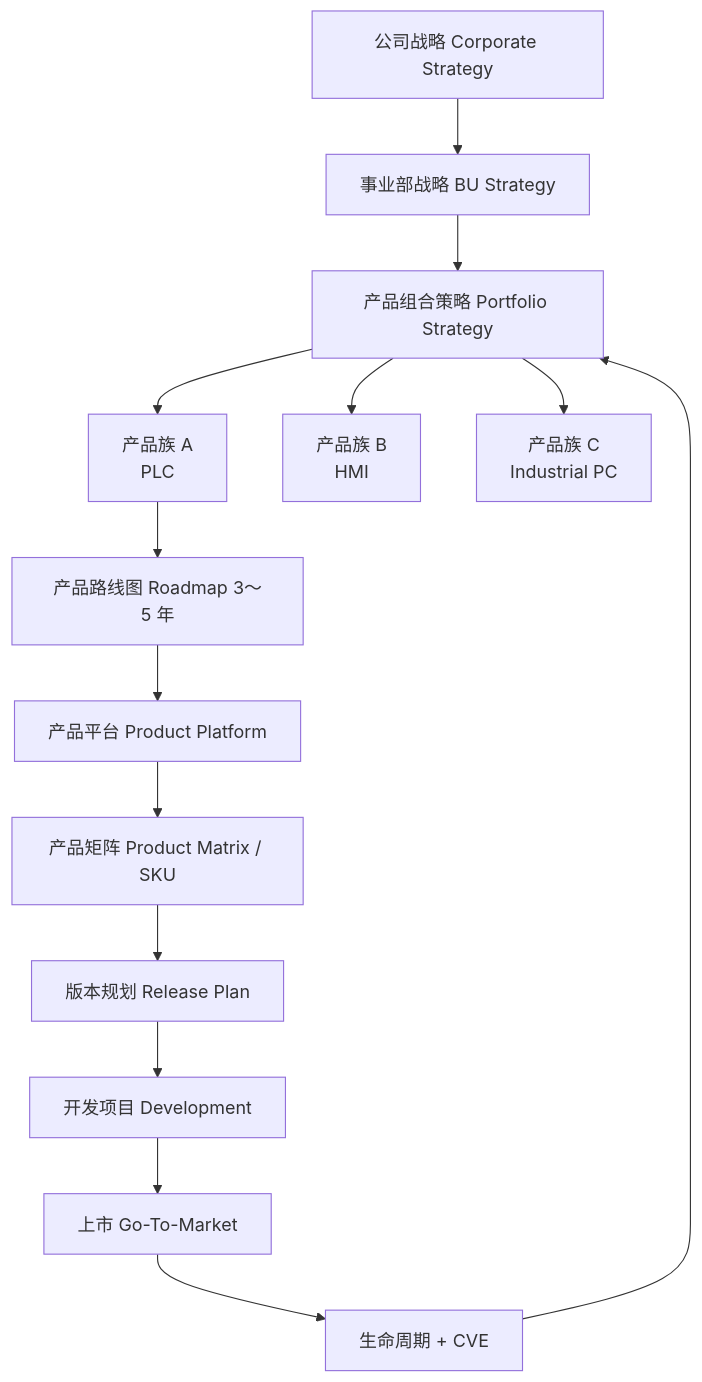
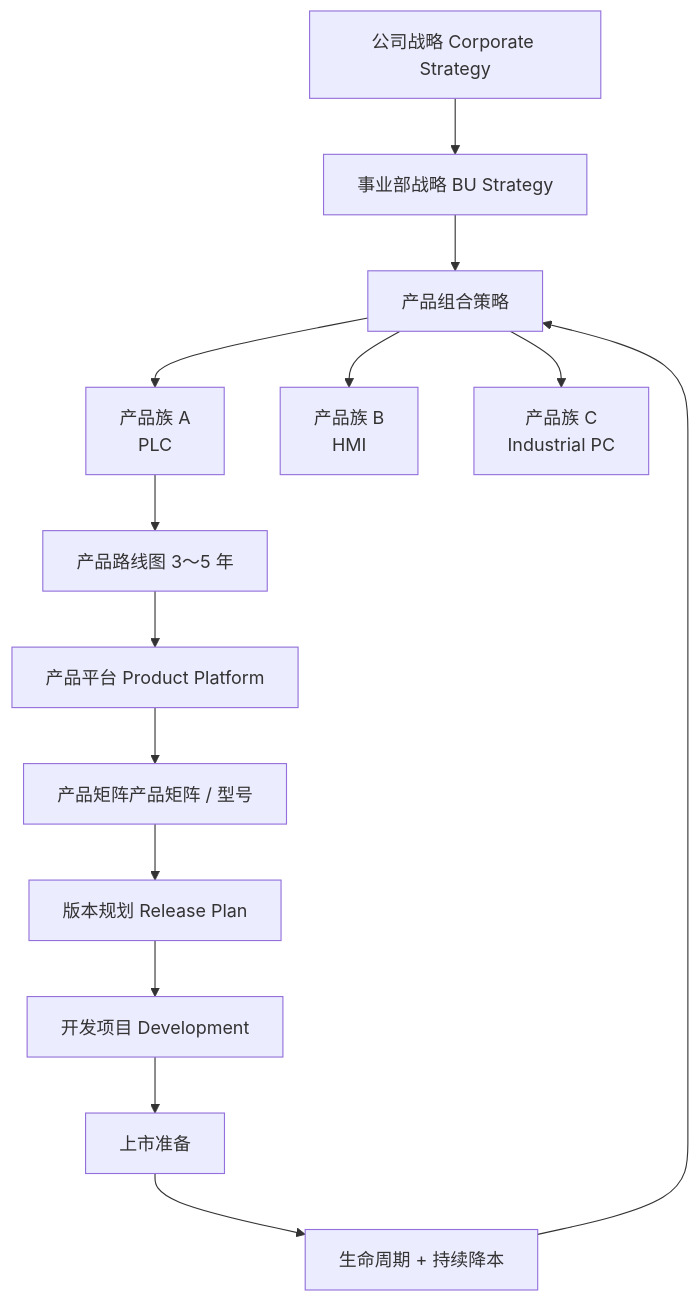
The eighth of 29 diagrams in 产品管理/战略和产品管理.md (analyst2004lx/paper01), drawn with Mermaid before and after one commit. The commit also changed other lines of this file and 2 other files, not shown here.

````diff
--- a/产品管理/战略和产品管理.md
+++ b/产品管理/战略和产品管理.md
@@ -753,32 +758,32 @@
 ```mermaid
 flowchart TD
     CS["公司战略 Corporate Strategy"] --> BS["事业部战略 BU Strategy"]
-    BS --> PF["产品组合策略 Portfolio Strategy"]
+    BS --> PF["产品组合策略"]
 
     PF --> FA["产品族 A<br/>PLC"]
     PF --> FB["产品族 B<br/>HMI"]
     PF --> FC["产品族 C<br/>Industrial PC"]
 
-    FA --> RM["产品路线图 Roadmap 3～5 年"]
+    FA --> RM["产品路线图 3～5 年"]
     RM --> PL["产品平台 Product Platform"]
-    PL --> MX["产品矩阵 Product Matrix / SKU"]
+    PL --> MX["产品矩阵产品矩阵 / 型号"]
     MX --> RP["版本规划 Release Plan"]
     RP --> DP["开发项目 Development"]
-    DP --> GTM["上市 Go-To-Market"]
-    GTM --> LC["生命周期 + CVE"]
+    DP --> GTM["上市准备"]
+    GTM --> LC["生命周期 + 持续降本"]
     LC --> PF
 
-    click CS href "#sec-ch6" "跳转到第六章 战略如何生成"
+    click CS href "#sec-ch6" "跳转到第六章战略如何生成"
     click BS href "#sec-32" "跳转到 3.2 BU 战略"
-    click PF href "#sec-33" "跳转到 3.3 Portfolio"
+    click PF href "#sec-33" "跳转到 3.3 产品组合"
     click FA href "#sec-33" "跳转到 3.3 产品族"
     click FB href "#sec-33" "跳转到 3.3 产品族"
     click FC href "#sec-33" "跳转到 3.3 产品族"
-    click RM href "#sec-37" "跳转到 3.7 Roadmap"
+    click RM href "#sec-37" "跳转到 3.7 路线图"
     click PL href "#sec-34" "跳转到 3.4 平台"
     click MX href "#sec-35" "跳转到 3.5 产品矩阵"
     click RP href "#sec-47" "跳转到 4.7 版本与功能"
-    click DP href "#sec-38" "跳转到 3.8 Business Case"
+    click DP href "#sec-38" "跳转到 3.8 立项论证"
     click GTM href "#sec-311" "跳转到 3.11 上市"
     click LC href "#sec-46" "跳转到 4.6 生命周期示例"
 ```
````
